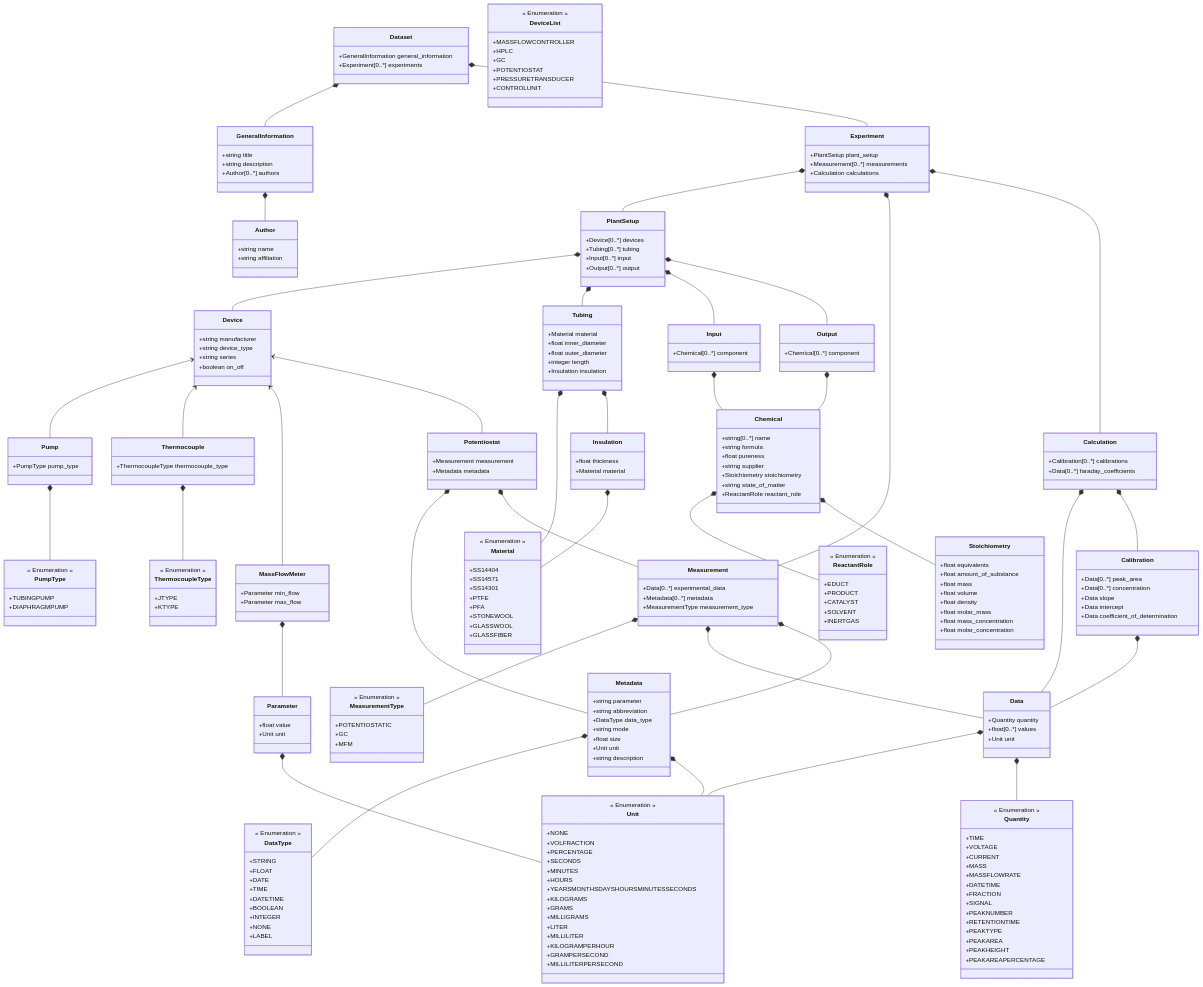
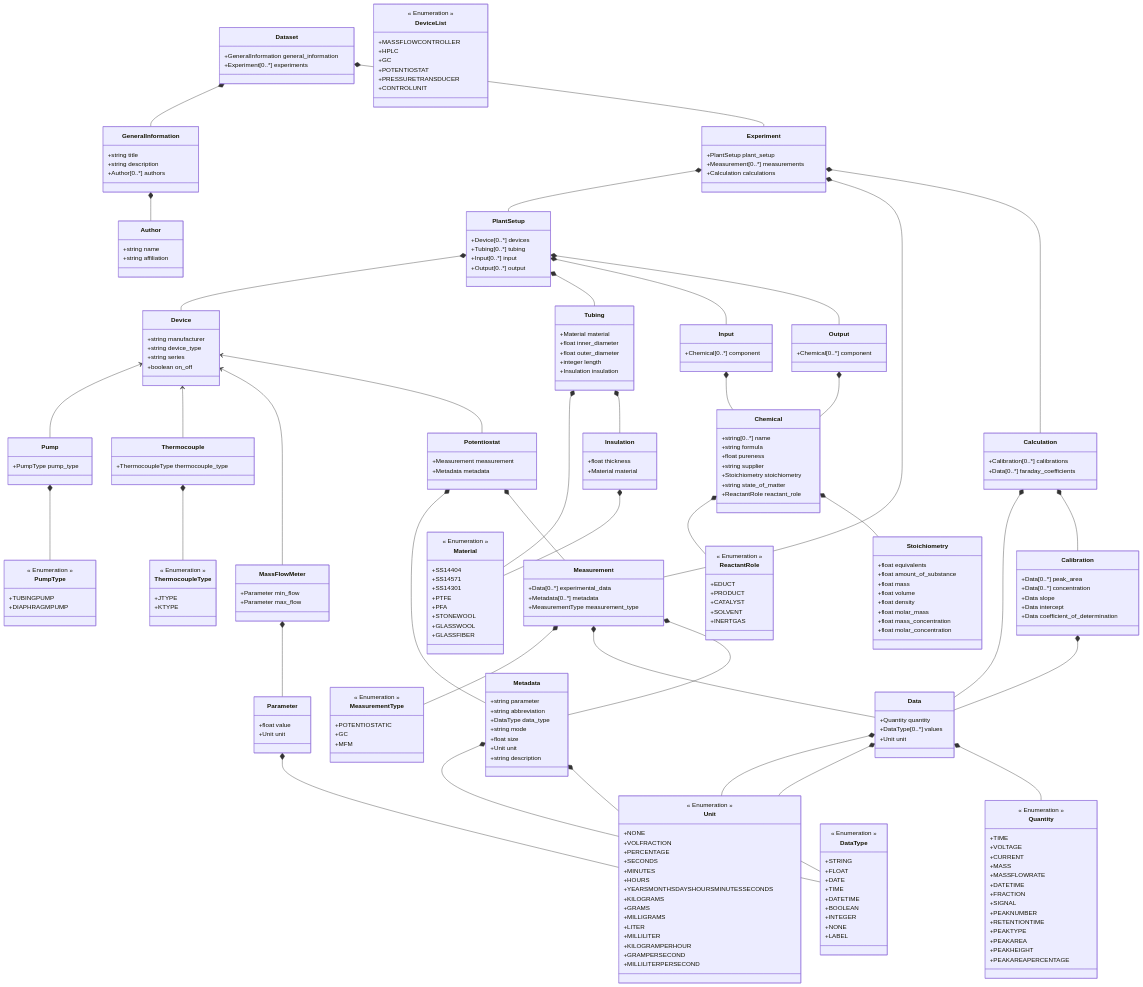
The diagram in datamodel_b07_tc/schemes/datamodel_b07_tc_schema.md (FAIRChemistry/FAIRFlow), drawn with Mermaid before and after one commit. The commit also changed 23 other files, not shown here.

```diff
--- a/datamodel_b07_tc/schemes/datamodel_b07_tc_schema.md
+++ b/datamodel_b07_tc/schemes/datamodel_b07_tc_schema.md
@@ -27,6 +27,7 @@
     Output *-- Chemical
     Chemical *-- ReactantRole
     Chemical *-- Stoichiometry
+    Data *-- DataType
     Data *-- Unit
     Data *-- Quantity
     Metadata *-- DataType
@@ -141,7 +142,7 @@
     
     class Data {
         +Quantity quantity
-        +float[0..*] values
+        +DataType[0..*] values
         +Unit unit
     }
     
```
